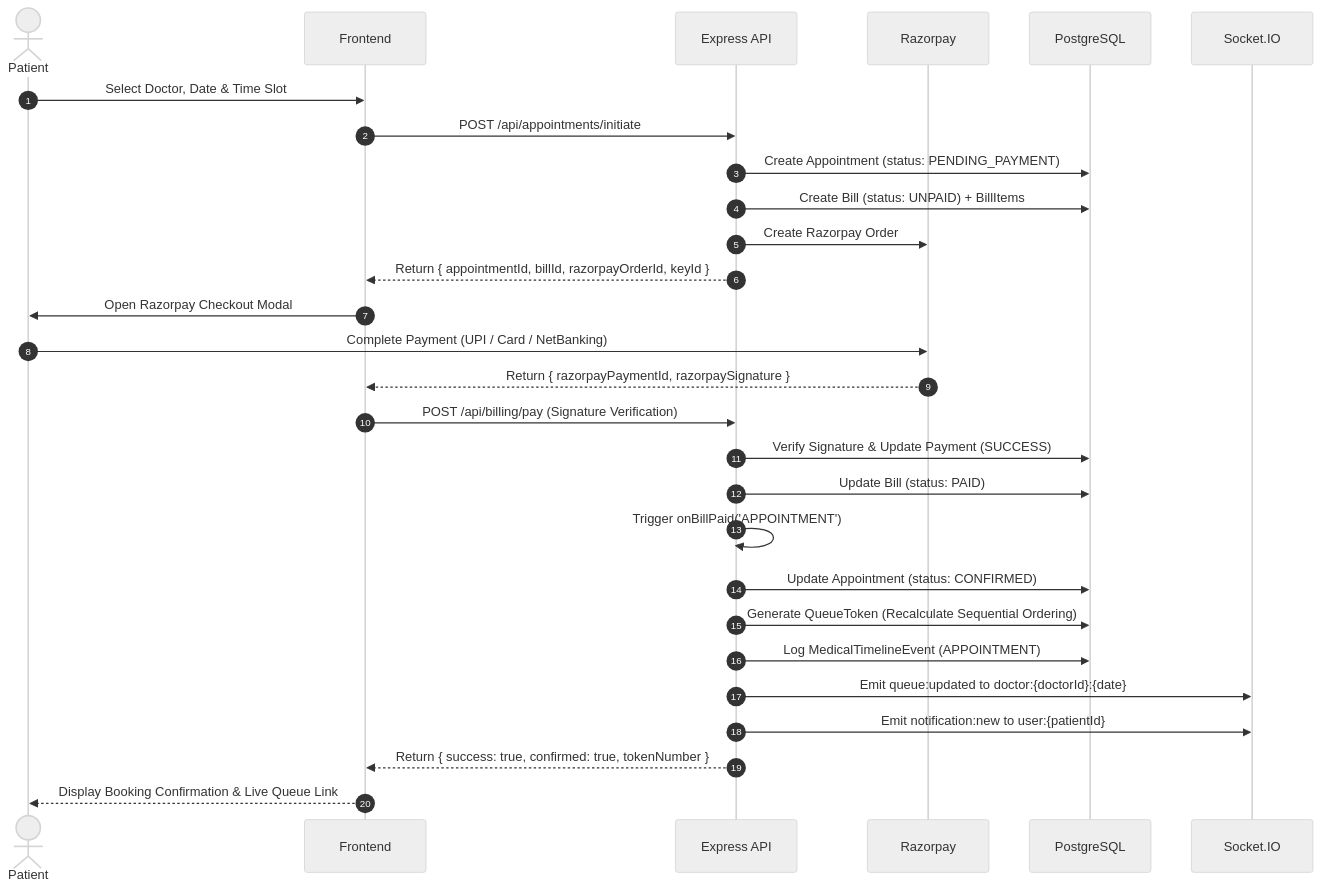
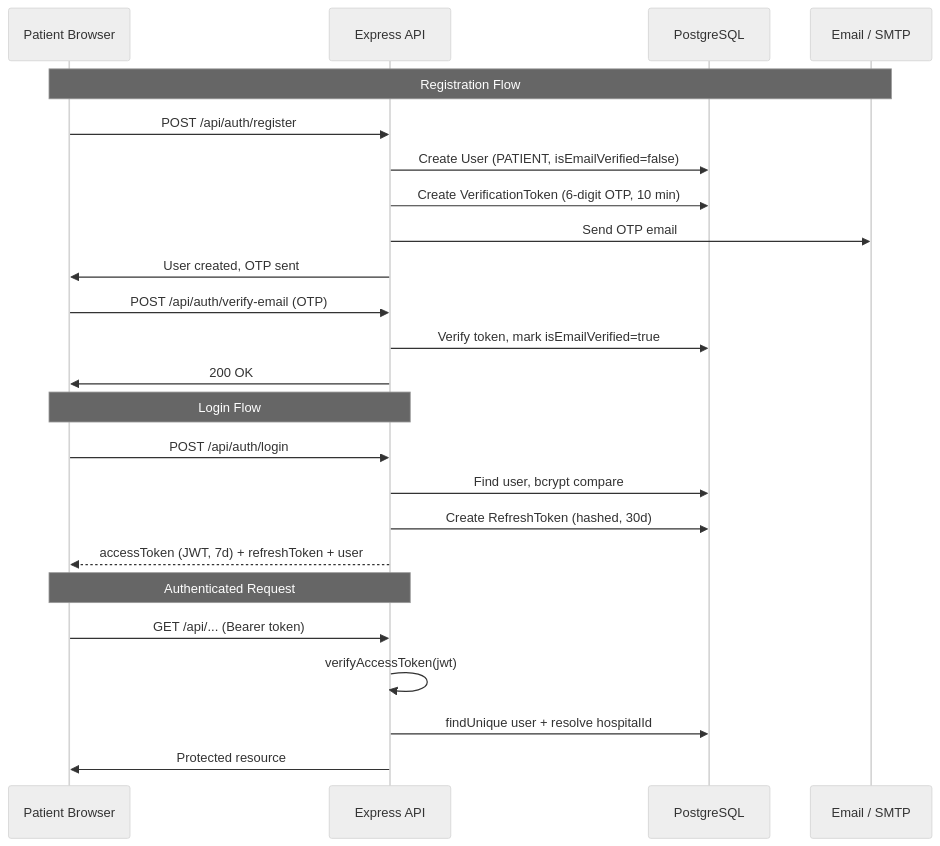
Before and after one commit to sudhanshu-0109/HealthCare-THOS-: the second of 12 diagrams in README.md, drawn with Mermaid (neutral theme). The commit also changed other lines of this file and 85 other files, not shown here.

````diff
--- a/README.md
+++ b/README.md
@@ -270,33 +281,30 @@
 ```mermaid
 sequenceDiagram
-    autonumber
-    actor Patient
-    participant Frontend
-    participant API as Express API
-    participant Razorpay
+    participant P as Patient Browser
+    participant A as Express API
     participant DB as PostgreSQL
-    participant Socket as Socket.IO
+    participant E as Email / SMTP
 
-    Patient->>Frontend: Select Doctor, Date & Time Slot
-    Frontend->>API: POST /api/appointments/initiate
-    API->>DB: Create Appointment (status: PENDING_PAYMENT)
-    API->>DB: Create Bill (status: UNPAID) + BillItems
-    API->>Razorpay: Create Razorpay Order
-    API-->>Frontend: Return { appointmentId, billId, razorpayOrderId, keyId }
-    
-    Frontend->>Patient: Open Razorpay Checkout Modal
-    Patient->>Razorpay: Complete Payment (UPI / Card / NetBanking)
-    Razorpay-->>Frontend: Return { razorpayPaymentId, razorpaySignature }
-    
-    Frontend->>API: POST /api/billing/pay (Signature Verification)
-    API->>DB: Verify Signature & Update Payment (SUCCESS)
-    API->>DB: Update Bill (status: PAID)
-    API->>API: Trigger onBillPaid('APPOINTMENT')
-    API->>DB: Update Appointment (status: CONFIRMED)
-    API->>DB: Generate QueueToken (Recalculate Sequential Ordering)
-    API->>DB: Log MedicalTimelineEvent (APPOINTMENT)
-    API->>Socket: Emit queue:updated to doctor:{doctorId}:{date}
-    API->>Socket: Emit notification:new to user:{patientId}
-    API-->>Frontend: Return { success: true, confirmed: true, tokenNumber }
-    Frontend-->>Patient: Display Booking Confirmation & Live Queue Link
+    Note over P,E: Registration Flow
+    P->>A: POST /api/auth/register
+    A->>DB: Create User (PATIENT, isEmailVerified=false)
+    A->>DB: Create VerificationToken (6-digit OTP, 10 min)
+    A->>E: Send OTP email
+    A->>P: User created, OTP sent
+
+    P->>A: POST /api/auth/verify-email (OTP)
+    A->>DB: Verify token, mark isEmailVerified=true
+    A->>P: 200 OK
+
+    Note over P,A: Login Flow
+    P->>A: POST /api/auth/login
+    A->>DB: Find user, bcrypt compare
+    A->>DB: Create RefreshToken (hashed, 30d)
+    A-->>P: accessToken (JWT, 7d) + refreshToken + user
+
+    Note over P,A: Authenticated Request
+    P->>A: GET /api/... (Bearer token)
+    A->>A: verifyAccessToken(jwt)
+    A->>DB: findUnique user + resolve hospitalId
+    A->>P: Protected resource
 ```
````
